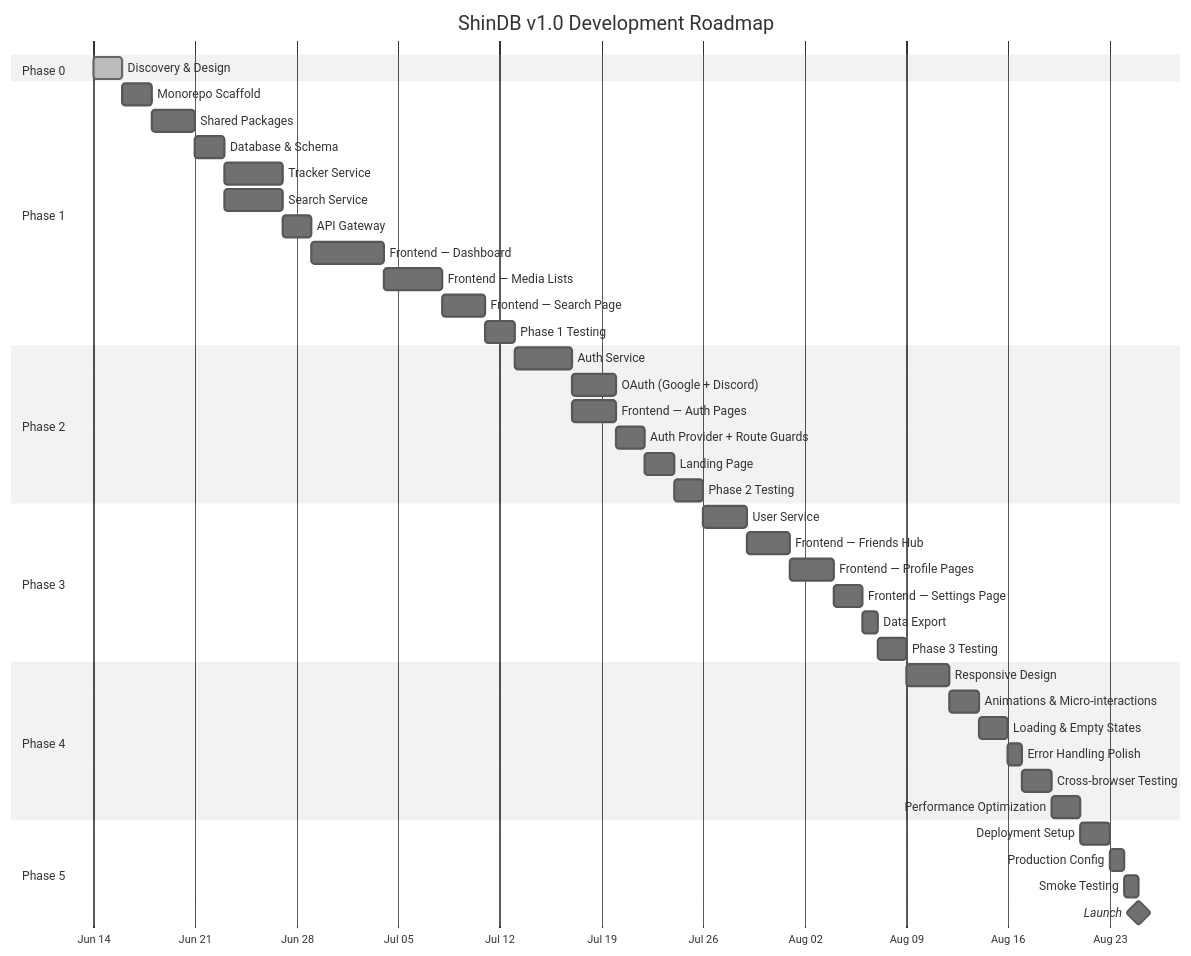
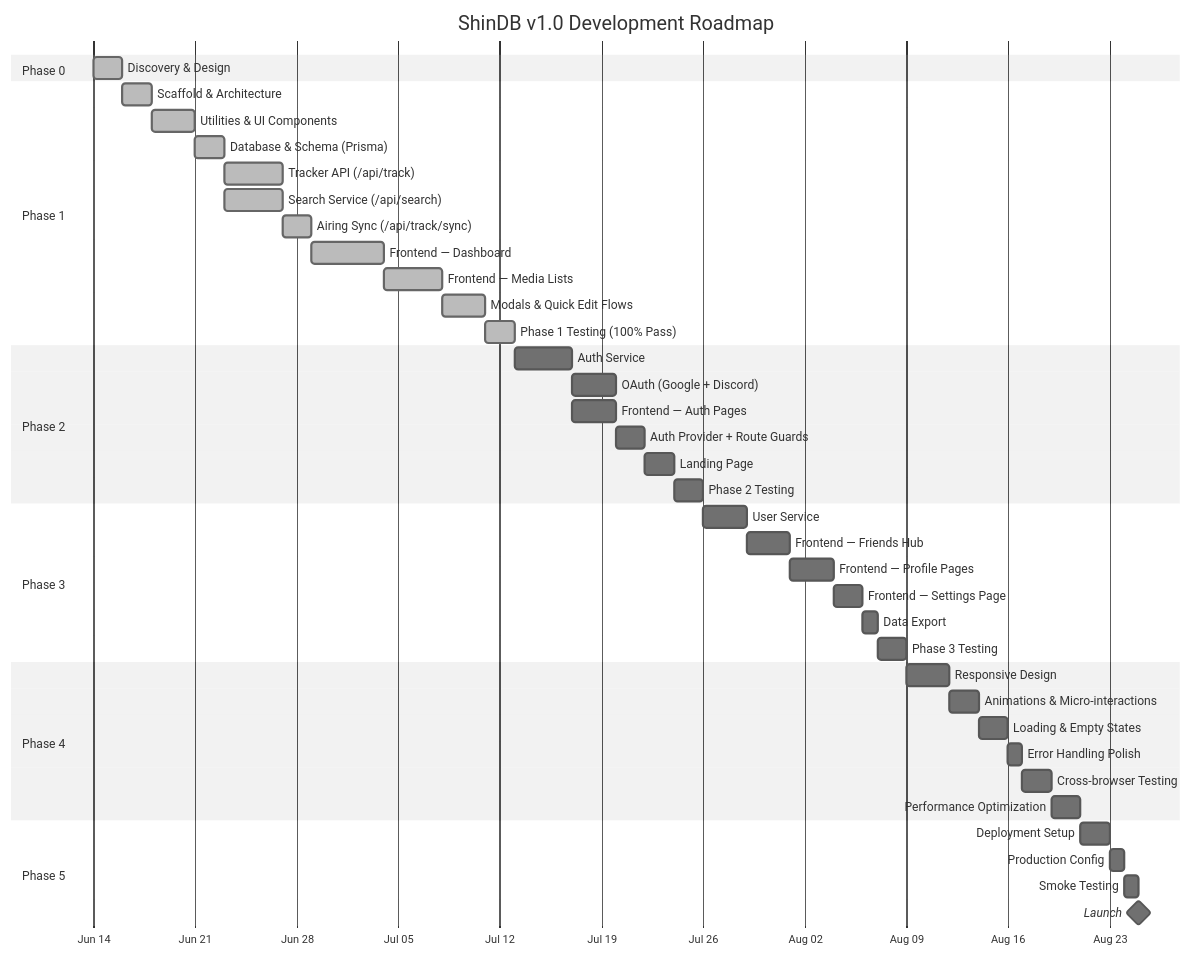
Before and after one commit to Kazi-Tanvir/Working: the first of 2 diagrams in ShinDB/src/notes/ImplementationPlan.md, drawn with Mermaid (neutral theme). The commit also changed other lines of this file and 13 other files, not shown here.

````diff
--- a/ShinDB/src/notes/ImplementationPlan.md
+++ b/ShinDB/src/notes/ImplementationPlan.md
@@ -32,51 +32,51 @@
 ```mermaid
 gantt
     title ShinDB v1.0 Development Roadmap
     dateFormat  YYYY-MM-DD
     axisFormat  %b %d
 
     section Phase 0
     Discovery & Design           :done, p0, 2026-06-14, 2d
 
     section Phase 1
-    Monorepo Scaffold            :p1a, after p0, 2d
-    Shared Packages              :p1b, after p1a, 3d
-    Database & Schema            :p1c, after p1b, 2d
-    Tracker Service              :p1d, after p1c, 4d
-    Search Service               :p1e, after p1c, 4d
-    API Gateway                  :p1f, after p1d, 2d
-    Frontend — Dashboard         :p1g, after p1f, 5d
-    Frontend — Media Lists       :p1h, after p1g, 4d
-    Frontend — Search Page       :p1i, after p1h, 3d
-    Phase 1 Testing              :p1t, after p1i, 2d
+    Scaffold & Architecture      :done, p1a, after p0, 2d
+    Utilities & UI Components    :done, p1b, after p1a, 3d
+    Database & Schema (Prisma)   :done, p1c, after p1b, 2d
+    Tracker API (/api/track)     :done, p1d, after p1c, 4d
+    Search Service (/api/search) :done, p1e, after p1c, 4d
+    Airing Sync (/api/track/sync):done, p1f, after p1d, 2d
+    Frontend — Dashboard         :done, p1g, after p1f, 5d
+    Frontend — Media Lists       :done, p1h, after p1g, 4d
+    Modals & Quick Edit Flows    :done, p1i, after p1h, 3d
+    Phase 1 Testing (100% Pass)  :done, p1t, after p1i, 2d
 
     section Phase 2
     Auth Service                 :p2a, after p1t, 4d
     OAuth (Google + Discord)     :p2b, after p2a, 3d
     Frontend — Auth Pages        :p2c, after p2a, 3d
     Auth Provider + Route Guards :p2d, after p2c, 2d
     Landing Page                 :p2e, after p2d, 2d
     Phase 2 Testing              :p2t, after p2e, 2d
 
     section Phase 3
     User Service                 :p3a, after p2t, 3d
     Frontend — Friends Hub       :p3b, after p3a, 3d
     Frontend — Profile Pages     :p3c, after p3b, 3d
     Frontend — Settings Page     :p3d, after p3c, 2d
     Data Export                  :p3e, after p3d, 1d
     Phase 3 Testing              :p3t, after p3e, 2d
 
     section Phase 4
     Responsive Design            :p4a, after p3t, 3d
     Animations & Micro-interactions :p4b, after p4a, 2d
     Loading & Empty States       :p4c, after p4b, 2d
     Error Handling Polish        :p4d, after p4c, 1d
     Cross-browser Testing        :p4e, after p4d, 2d
     Performance Optimization     :p4f, after p4e, 2d
 
     section Phase 5
     Deployment Setup             :p5a, after p4f, 2d
     Production Config            :p5b, after p5a, 1d
     Smoke Testing                :p5c, after p5b, 1d
     Launch                       :milestone, after p5c, 0d
 ```
````
